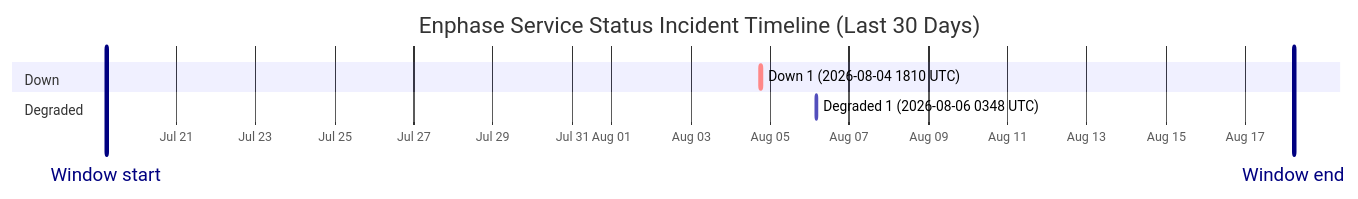
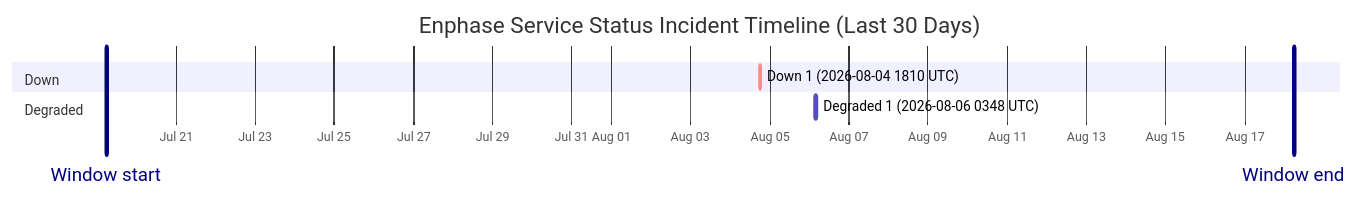
The diagram in wiki/Service-Status-History.md (barneyonline/ha-enphase-energy), drawn with Mermaid before and after one commit. The commit also changed other lines of this file and 3 other files, not shown here.

````diff
--- a/wiki/Service-Status-History.md
+++ b/wiki/Service-Status-History.md
@@ -14,12 +14,12 @@
 ```mermaid
 gantt
     title Enphase Service Status Incident Timeline (Last 30 Days)
     dateFormat  YYYY-MM-DDTHH:mm:ss
     axisFormat  %b %d
-    Window start :vert, window-start, 2026-07-19T05:26:43, 0ms
-    Window end :vert, window-end, 2026-08-18T05:26:43, 0ms
+    Window start :vert, window-start, 2026-07-19T05:55:24, 0ms
+    Window end :vert, window-end, 2026-08-18T05:55:24, 0ms
     section Down
     Down 1 (2026-08-04 1810 UTC) :crit, down-1, 2026-08-04T18:10:46, 60m
     section Degraded
     Degraded 1 (2026-08-06 0348 UTC) :active, degraded-1, 2026-08-06T03:48:14, 60m
 ```
````
